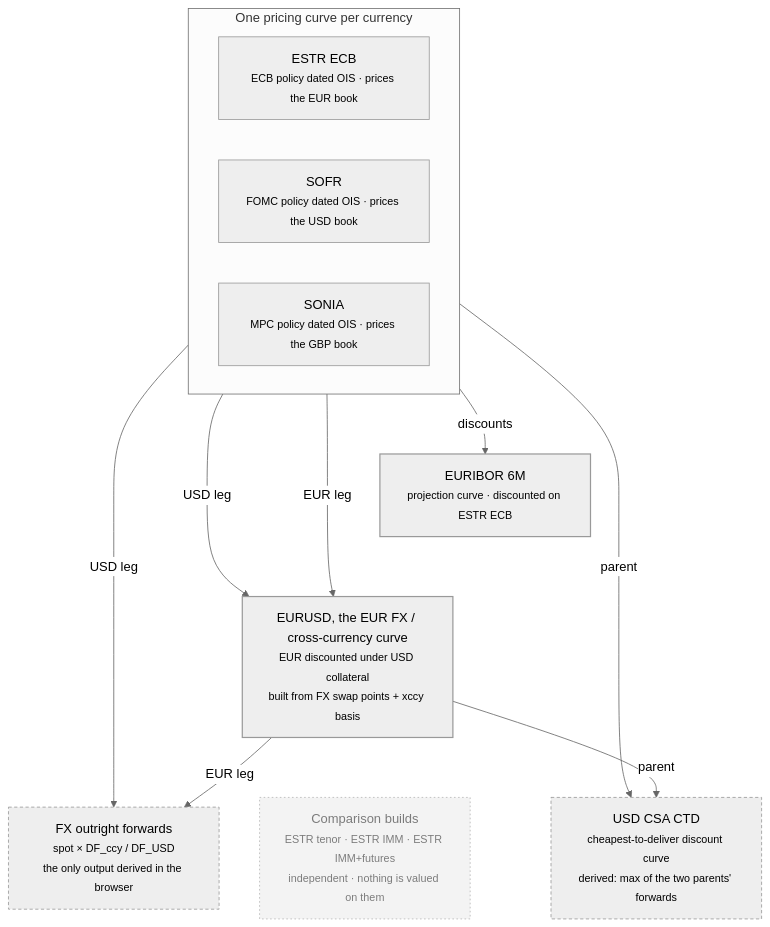
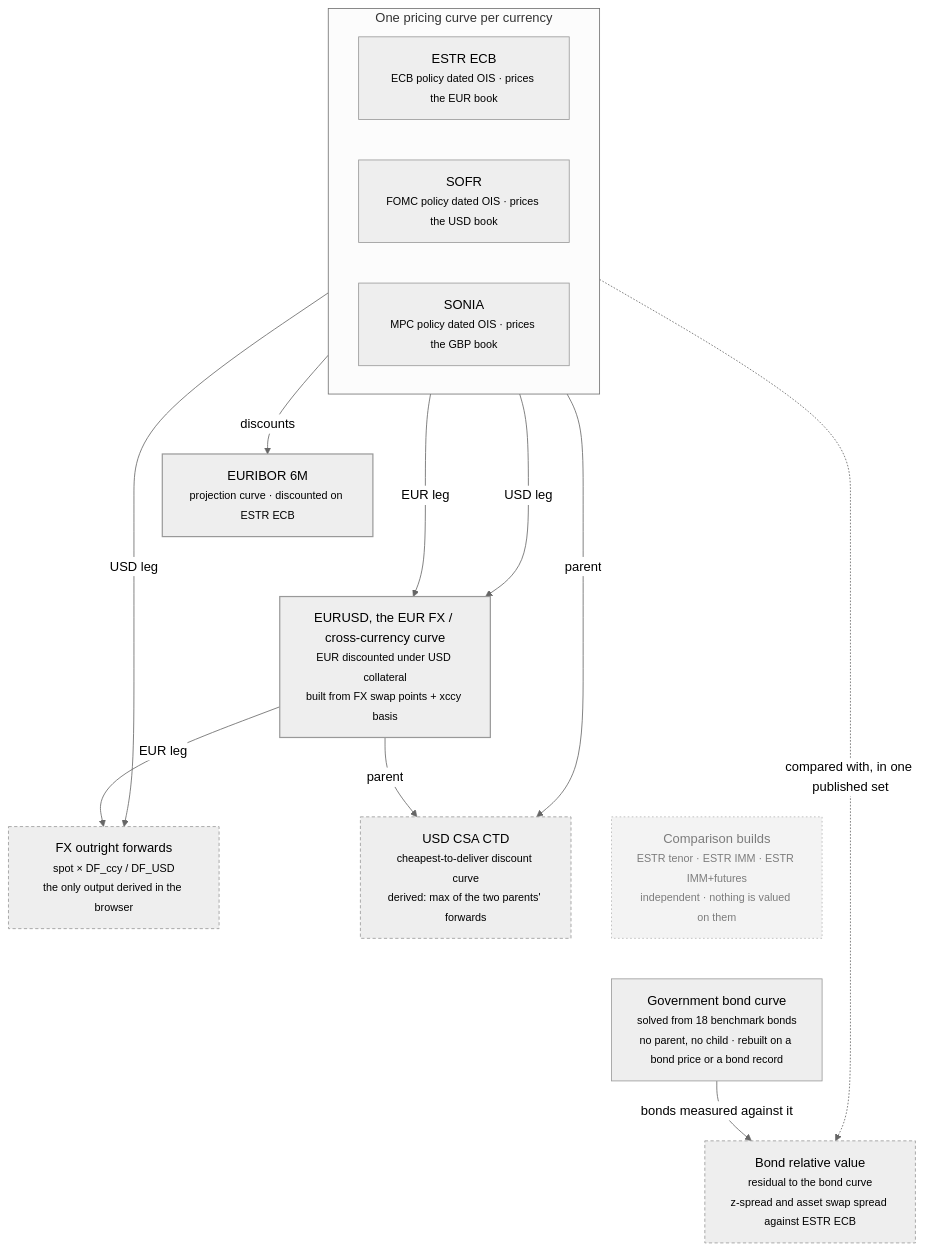
The diagram in src/components/dashboards/curve_model/diagrams/curve-graph.mmd (jrwglover/portfolio), drawn with Mermaid (neutral theme) before and after one commit. The commit also changed 25 other files, not shown here.

Commit message:
Government bond desk on the live stage: recorded bond prices and static records, relative value and the bond book per set; bond maths in the notes; bond lane in the architecture and curve graph; session re-exported with seventeen sets

```diff
--- a/src/components/dashboards/curve_model/diagrams/curve-graph.mmd
+++ b/src/components/dashboards/curve_model/diagrams/curve-graph.mmd
@@ -1,40 +1,49 @@
 %% Which curve needs which, and what is derived from them.
 %% The FX curve is named EURUSD in the engine and labelled "under USD
 %% collateral" on the chart; both names are given here.
 %% One curve per currency prices the book: ESTR ECB, SOFR and SONIA. The three
 %% comparison builds (ESTR tenor, ESTR IMM, ESTR IMM+futures) carry no
 %% dependencies and nothing is valued on them, so they share one node.
+%% The government bond curve has no parent and no child. Relative value reads
+%% it beside ESTR ECB, which is a comparison and not a dependency, so that
+%% link is dotted.
 flowchart TB
   subgraph PRC [One pricing curve per currency]
     direction LR
     ECB["ESTR ECB<br/><small>ECB policy dated OIS · prices the EUR book</small>"]
     SOFR["SOFR<br/><small>FOMC policy dated OIS · prices the USD book</small>"]
     SONIA["SONIA<br/><small>MPC policy dated OIS · prices the GBP book</small>"]
   end
 
   E6["EURIBOR 6M<br/><small>projection curve · discounted on ESTR ECB</small>"]
   XC["EURUSD, the EUR FX / cross-currency curve<br/><small>EUR discounted under USD collateral</small><br/><small>built from FX swap points + xccy basis</small>"]
 
   ECB -- "discounts" --> E6
   ECB -- "EUR leg" --> XC
   SOFR -- "USD leg" --> XC
 
   E6 ~~~ XC
 
   FWD["FX outright forwards<br/><small>spot × DF_ccy / DF_USD</small><br/><small>the only output derived in the browser</small>"]
   XC -- "EUR leg" --> FWD
   SOFR -- "USD leg" --> FWD
 
   CTD["USD CSA CTD<br/><small>cheapest-to-deliver discount curve</small><br/><small>derived: max of the two parents' forwards</small>"]
   SOFR -- "parent" --> CTD
   XC -- "parent" --> CTD
 
   CMP["Comparison builds<br/><small>ESTR tenor · ESTR IMM · ESTR IMM+futures</small><br/><small>independent · nothing is valued on them</small>"]
   XC ~~~ CMP
 
+  GOV["Government bond curve<br/><small>solved from 18 benchmark bonds</small><br/><small>no parent, no child · rebuilt on a bond price or a bond record</small>"]
+  CMP ~~~ GOV
+  RV["Bond relative value<br/><small>residual to the bond curve</small><br/><small>z-spread and asset swap spread against ESTR ECB</small>"]
+  GOV -- "bonds measured against it" --> RV
+  ECB -. "compared with, in one published set" .-> RV
+
   classDef dep stroke-width:1.5px
   classDef derived stroke-dasharray:4 3
   classDef cmp stroke-dasharray:2 3,opacity:0.7
   class E6,XC dep
-  class FWD,CTD derived
+  class FWD,CTD,RV derived
   class CMP cmp
```
